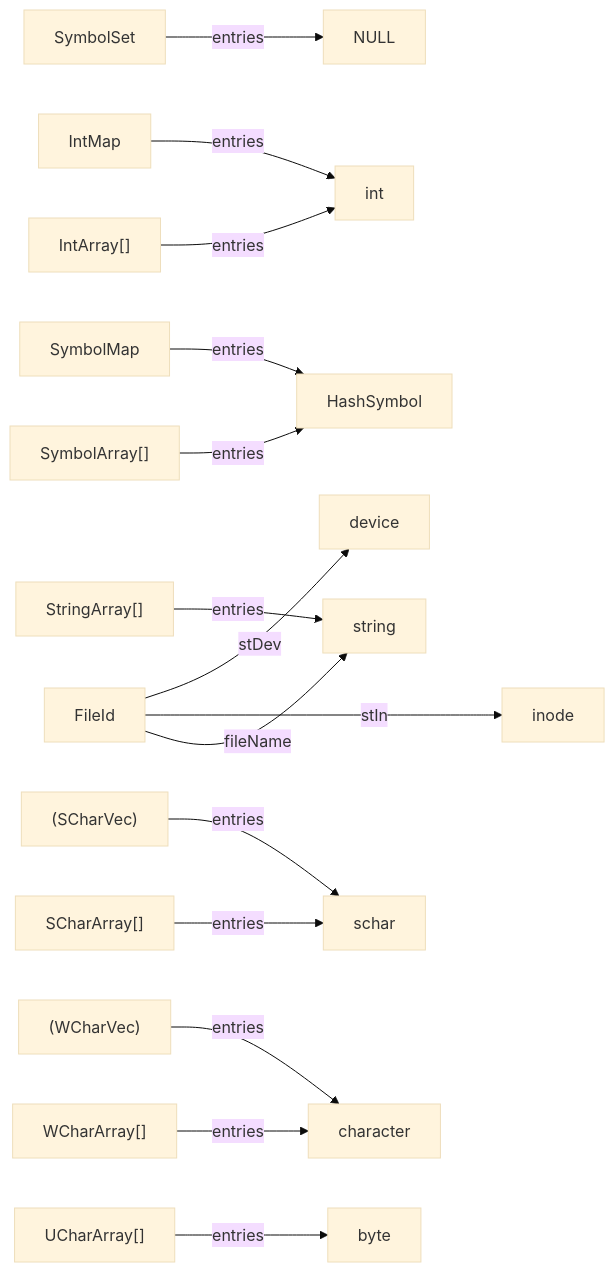
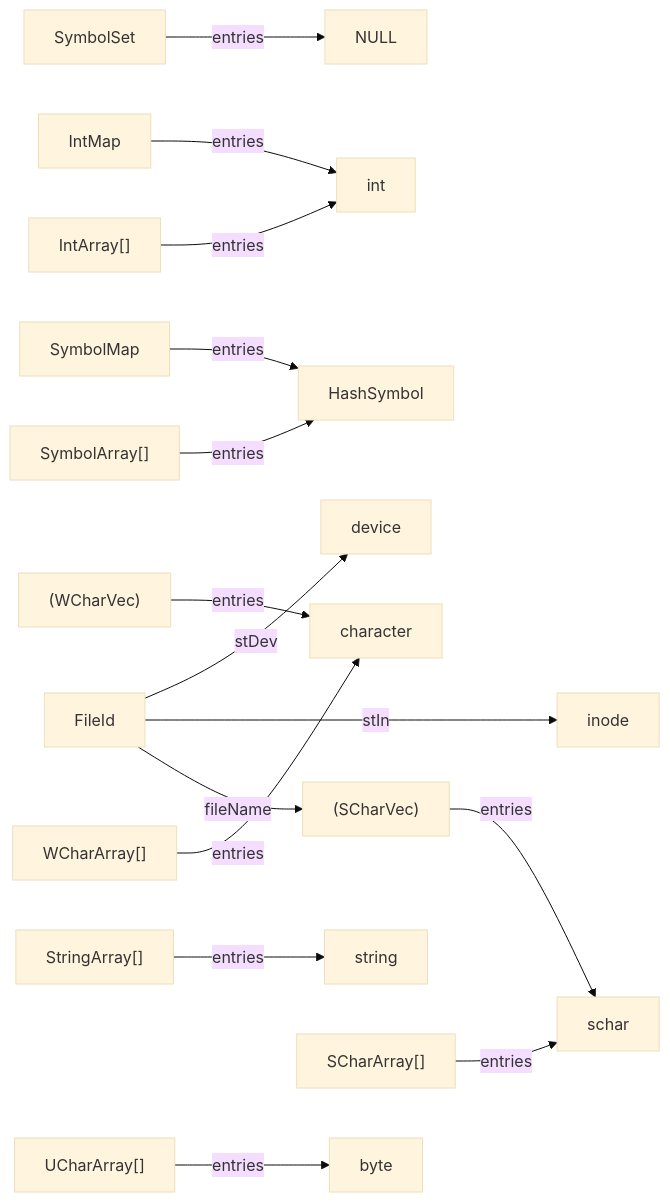
Before and after one commit to billhails/CEKF: the diagram in docs/generated/utils.md, drawn with Mermaid (base theme). The commit also changed 10 other files, not shown here.

````diff
--- a/docs/generated/utils.md
+++ b/docs/generated/utils.md
@@ -5,17 +5,17 @@
 ```mermaid
 flowchart LR
 SymbolSet --entries--> NULL
 IntMap --entries--> int
 SymbolMap --entries--> HashSymbol
 FileId --stDev--> device
 FileId --stIno--> inode
-FileId --fileName--> string
+FileId --fileName--> SCharVec
 SCharVec["(SCharVec)"] --entries--> schar
 WCharVec["(WCharVec)"] --entries--> character
 StringArray["StringArray[]"] --entries--> string
 WCharArray["WCharArray[]"] --entries--> character
 UCharArray["UCharArray[]"] --entries--> byte
 SCharArray["SCharArray[]"] --entries--> schar
 SymbolArray["SymbolArray[]"] --entries--> HashSymbol
 IntArray["IntArray[]"] --entries--> int
 ```
````
